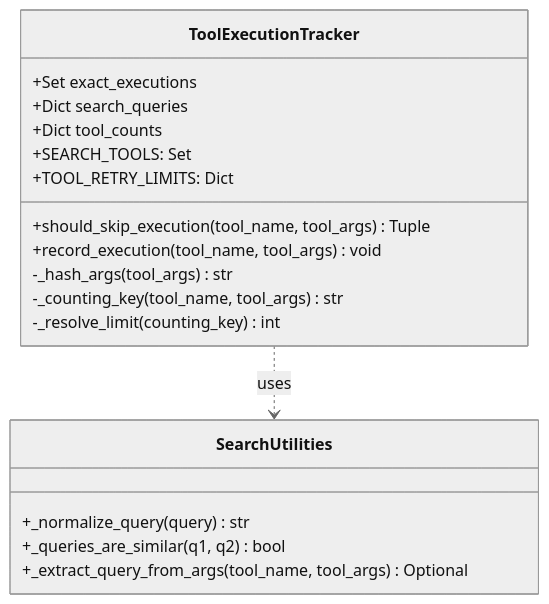
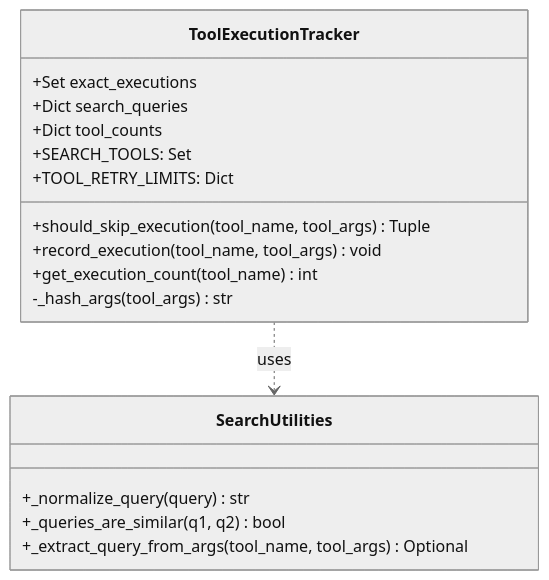
Before and after one commit to AutomatosAI/automatos-ai: the second of 2 diagrams in docs/chat-interface/tool-loop-prevention.md, drawn with Mermaid (neutral theme). The commit also changed other lines of this file and 191 other files, not shown here.

````diff
--- a/docs/chat-interface/tool-loop-prevention.md
+++ b/docs/chat-interface/tool-loop-prevention.md
@@ -133,21 +141,20 @@
 ```mermaid
 classDiagram
     class ToolExecutionTracker {
         +Set exact_executions
         +Dict search_queries
         +Dict tool_counts
         +SEARCH_TOOLS: Set
         +TOOL_RETRY_LIMITS: Dict
         +should_skip_execution(tool_name, tool_args) Tuple
         +record_execution(tool_name, tool_args) void
+        +get_execution_count(tool_name) int
         -_hash_args(tool_args) str
-        -_counting_key(tool_name, tool_args) str
-        -_resolve_limit(counting_key) int
     }
     class SearchUtilities {
         +_normalize_query(query) str
         +_queries_are_similar(q1, q2) bool
         +_extract_query_from_args(tool_name, tool_args) Optional
     }
     ToolExecutionTracker ..> SearchUtilities : uses
 ```
````
